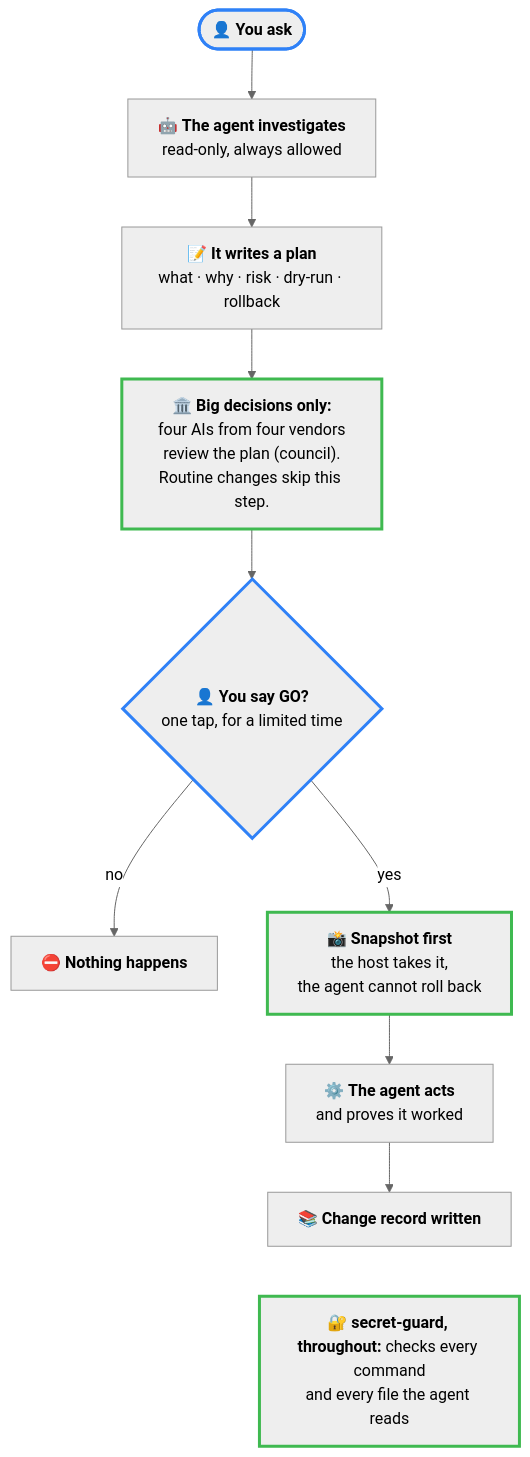
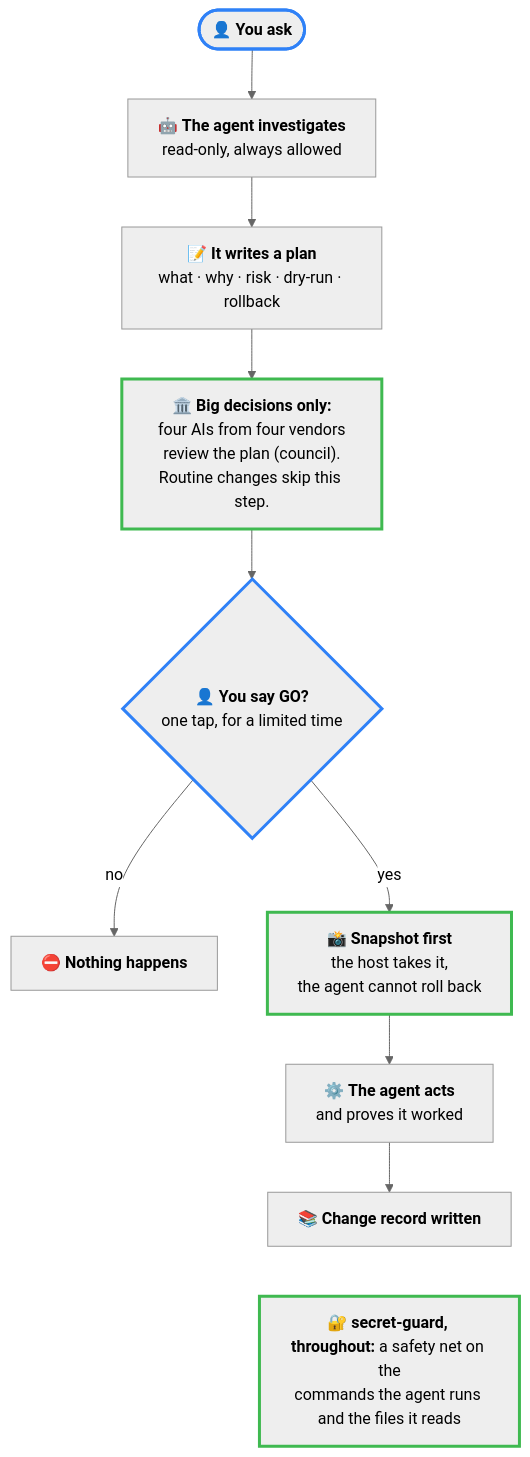
One commit to renocz/agent-ops-guardrails changed the first of 2 diagrams in README.md. Above: the diagram before and after it, drawn with Mermaid (neutral theme). The commit also changed 4 other files, not shown here.

First line of the commit message:
docs: council pass 8 (3 of 3 VALIDER): minor accuracy fixes (secret-guard scope, timing figure, SECURITY scope, replace-agent-uids)

````diff
--- a/README.md
+++ b/README.md
@@ -15,14 +15,14 @@
 ```mermaid
 flowchart TB
     H(["👤 <b>You ask</b>"]):::human --> A["🤖 <b>The agent investigates</b><br/>read-only, always allowed"]
     A --> P["📝 <b>It writes a plan</b><br/>what · why · risk · dry-run · rollback"]
     P --> C["🏛️ <b>Big decisions only:</b><br/>four AIs from four vendors<br/>review the plan (council).<br/>Routine changes skip this step."]:::guard
     C --> G{"👤 <b>You say GO?</b><br/>one tap, for a limited time"}:::human
     G -->|"no"| X["⛔ <b>Nothing happens</b>"]
     G -->|"yes"| S["📸 <b>Snapshot first</b><br/>the host takes it,<br/>the agent cannot roll back"]:::guard
     S --> E["⚙️ <b>The agent acts</b><br/>and proves it worked"]
     E --> D["📚 <b>Change record written</b>"]
-    D ~~~ SG["🔐 <b>secret-guard, throughout:</b> checks every command<br/>and every file the agent reads"]:::guard
+    D ~~~ SG["🔐 <b>secret-guard, throughout:</b> a safety net on the<br/>commands the agent runs and the files it reads"]:::guard
     classDef human stroke:#2f81f7,stroke-width:3px
     classDef guard stroke:#3fb950,stroke-width:3px
 ```
````
